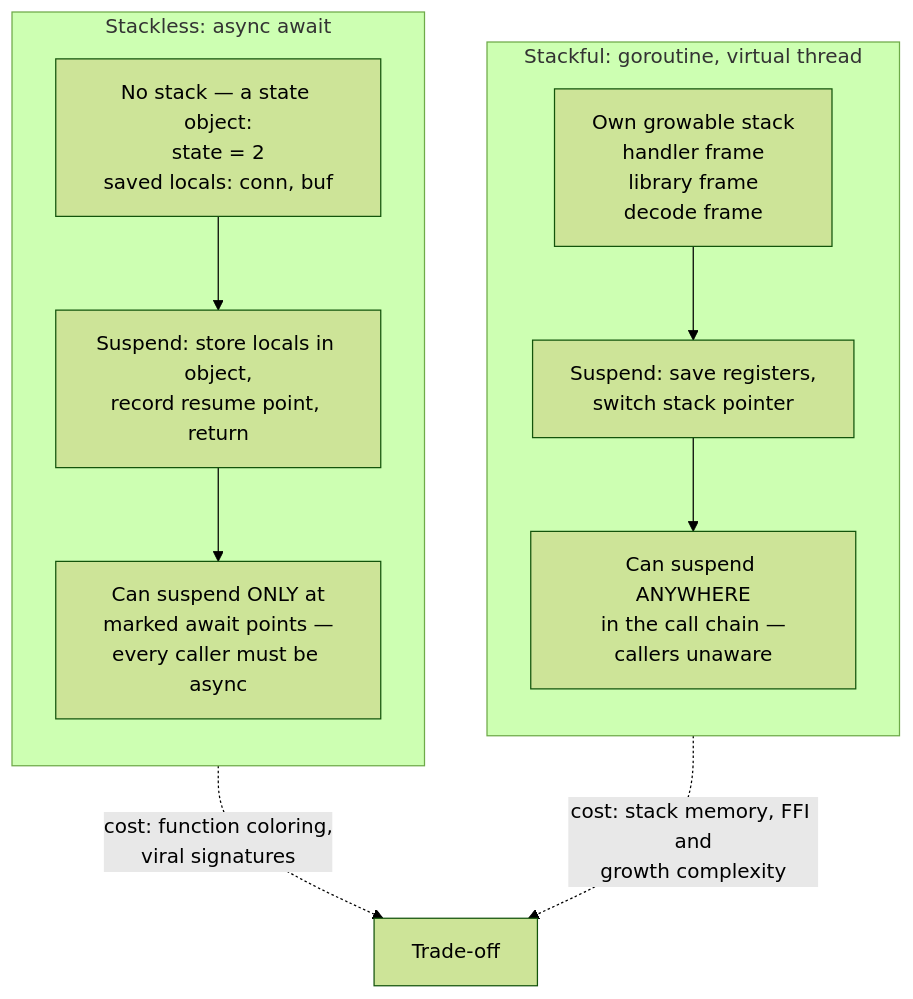
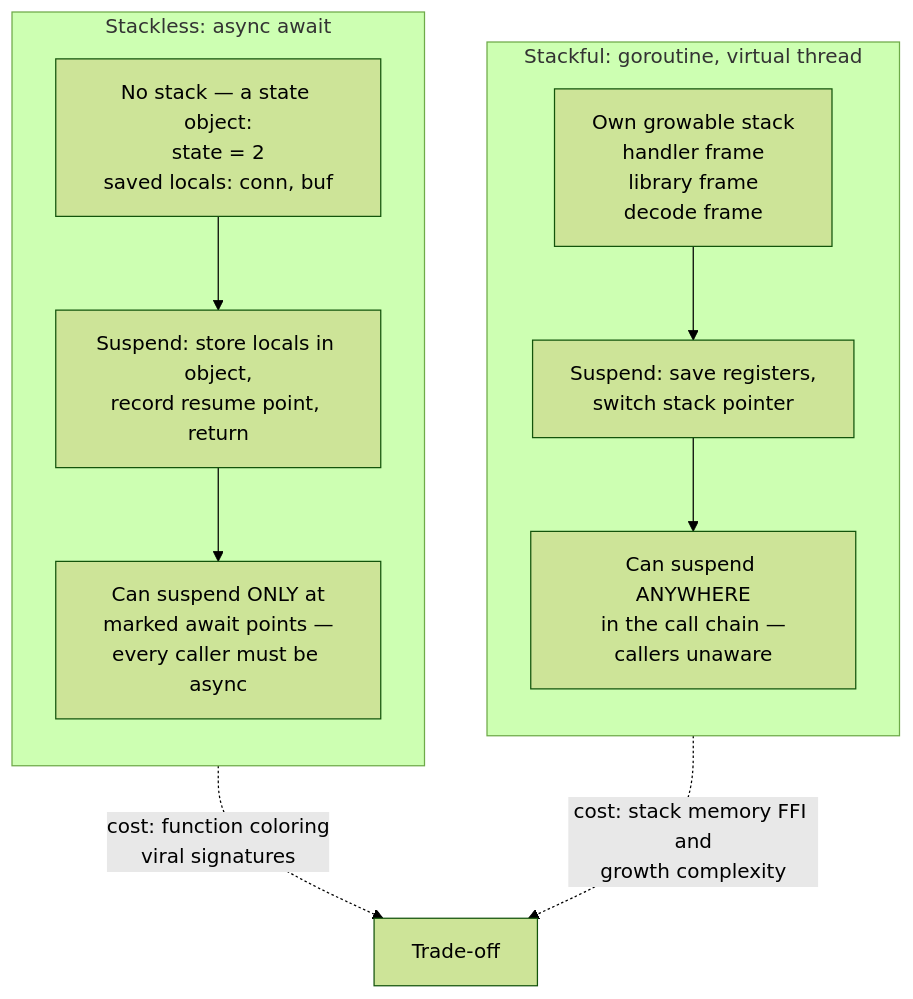
Before and after one commit to bumbsclaw/textbooks: the first of 7 diagrams in vol-04-concurrency/ch08-structured-concurrency.md, drawn with Mermaid (forest theme). The commit also changed 173 other files, not shown here.

First line of the commit message:
fix(mermaid): close note brackets, semicolons in Notes, stateDiagram br -> dash, edge parens

````diff
--- a/vol-04-concurrency/ch08-structured-concurrency.md
+++ b/vol-04-concurrency/ch08-structured-concurrency.md
@@ -96,19 +96,19 @@
 ```mermaid
 flowchart TB
   subgraph SF["Stackful: goroutine, virtual thread"]
     direction TB
     SF1["Own growable stack<br/>handler frame<br/>library frame<br/>decode frame"]
     SF2["Suspend: save registers,<br/>switch stack pointer"]
     SF3["Can suspend ANYWHERE<br/>in the call chain —<br/>callers unaware"]
     SF1 --> SF2 --> SF3
   end
   subgraph SL["Stackless: async await"]
     direction TB
     SL1["No stack — a state object:<br/>state = 2<br/>saved locals: conn, buf"]
     SL2["Suspend: store locals in object,<br/>record resume point, return"]
     SL3["Can suspend ONLY at<br/>marked await points —<br/>every caller must be async"]
     SL1 --> SL2 --> SL3
   end
-  SF3 -.->|"cost: stack memory, FFI and<br/>growth complexity"| TRADE["Trade-off"]
-  SL3 -.->|"cost: function coloring,<br/>viral signatures"| TRADE
+  SF3 -.->|"cost: stack memory FFI and<br >growth complexity"| TRADE["Trade-off"]
+  SL3 -.->|"cost: function coloring <br >viral signatures"| TRADE
 ```
````
